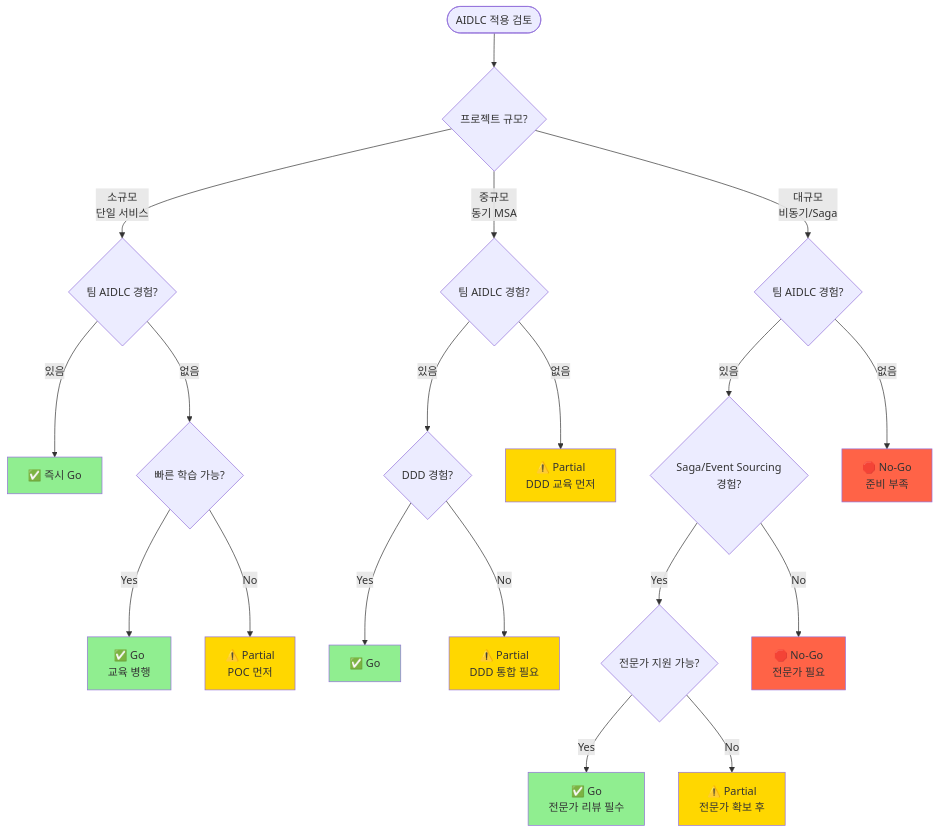
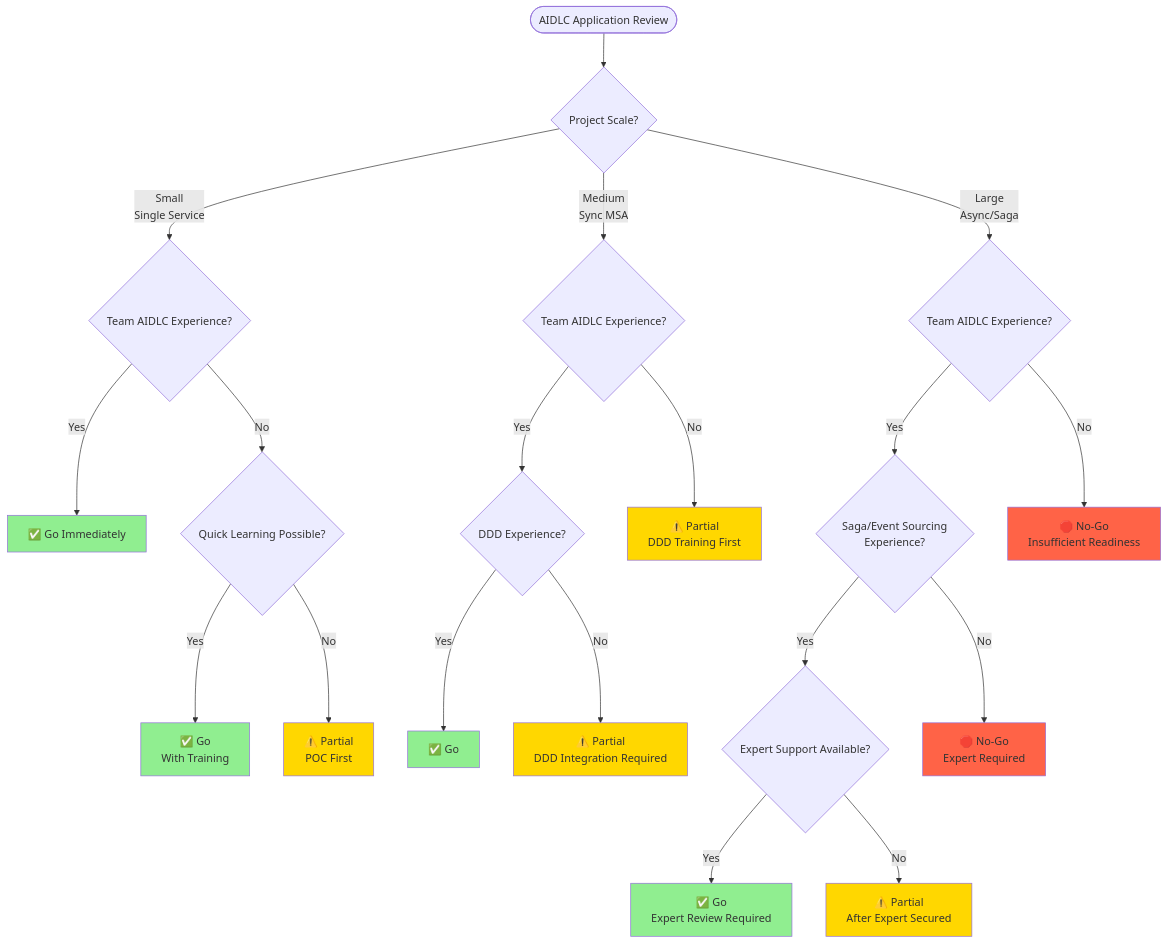
Before and after one commit to devfloor9/engineering-playbook: the second of 2 diagrams in docs/aidlc/enterprise/msa-complexity/index.md, drawn with Mermaid. The commit also changed other lines of this file and 954 other files, not shown here.

````diff
--- a/docs/aidlc/enterprise/msa-complexity/index.md
+++ b/docs/aidlc/enterprise/msa-complexity/index.md
@@ -144,36 +144,36 @@
 ```mermaid
 graph TB
-    Start([AIDLC 적용 검토]) --> Q1{프로젝트 규모?}
+    Start([AIDLC Application Review]) --> Q1{Project Scale?}
 
-    Q1 -->|소규모<br/>단일 서비스| Q2A{팀 AIDLC 경험?}
-    Q1 -->|중규모<br/>동기 MSA| Q2B{팀 AIDLC 경험?}
-    Q1 -->|대규모<br/>비동기/Saga| Q2C{팀 AIDLC 경험?}
+    Q1 -->|Small<br/>Single Service| Q2A{Team AIDLC Experience?}
+    Q1 -->|Medium<br/>Sync MSA| Q2B{Team AIDLC Experience?}
+    Q1 -->|Large<br/>Async/Saga| Q2C{Team AIDLC Experience?}
 
-    Q2A -->|있음| Go1[✅ 즉시 Go]
-    Q2A -->|없음| Q3A{빠른 학습 가능?}
-    Q3A -->|Yes| Go2[✅ Go<br/>교육 병행]
-    Q3A -->|No| Partial1[⚠️ Partial<br/>POC 먼저]
+    Q2A -->|Yes| Go1[✅ Go Immediately]
+    Q2A -->|No| Q3A{Quick Learning Possible?}
+    Q3A -->|Yes| Go2[✅ Go<br/>With Training]
+    Q3A -->|No| Partial1[⚠️ Partial<br/>POC First]
 
-    Q2B -->|있음| Q3B{DDD 경험?}
-    Q2B -->|없음| Partial2[⚠️ Partial<br/>DDD 교육 먼저]
+    Q2B -->|Yes| Q3B{DDD Experience?}
+    Q2B -->|No| Partial2[⚠️ Partial<br/>DDD Training First]
     Q3B -->|Yes| Go3[✅ Go]
-    Q3B -->|No| Partial3[⚠️ Partial<br/>DDD 통합 필요]
+    Q3B -->|No| Partial3[⚠️ Partial<br/>DDD Integration Required]
 
-    Q2C -->|있음| Q3C{Saga/Event Sourcing<br/>경험?}
-    Q2C -->|없음| NoGo1[🛑 No-Go<br/>준비 부족]
-    Q3C -->|Yes| Q4C{전문가 지원 가능?}
-    Q3C -->|No| NoGo2[🛑 No-Go<br/>전문가 필요]
-    Q4C -->|Yes| Go4[✅ Go<br/>전문가 리뷰 필수]
-    Q4C -->|No| Partial4[⚠️ Partial<br/>전문가 확보 후]
+    Q2C -->|Yes| Q3C{Saga/Event Sourcing<br/>Experience?}
+    Q2C -->|No| NoGo1[🛑 No-Go<br/>Insufficient Readiness]
+    Q3C -->|Yes| Q4C{Expert Support Available?}
+    Q3C -->|No| NoGo2[🛑 No-Go<br/>Expert Required]
+    Q4C -->|Yes| Go4[✅ Go<br/>Expert Review Required]
+    Q4C -->|No| Partial4[⚠️ Partial<br/>After Expert Secured]
 
     style Go1 fill:#90EE90
     style Go2 fill:#90EE90
     style Go3 fill:#90EE90
     style Go4 fill:#90EE90
     style Partial1 fill:#FFD700
     style Partial2 fill:#FFD700
     style Partial3 fill:#FFD700
     style Partial4 fill:#FFD700
     style NoGo1 fill:#FF6347
     style NoGo2 fill:#FF6347
 ```
````
